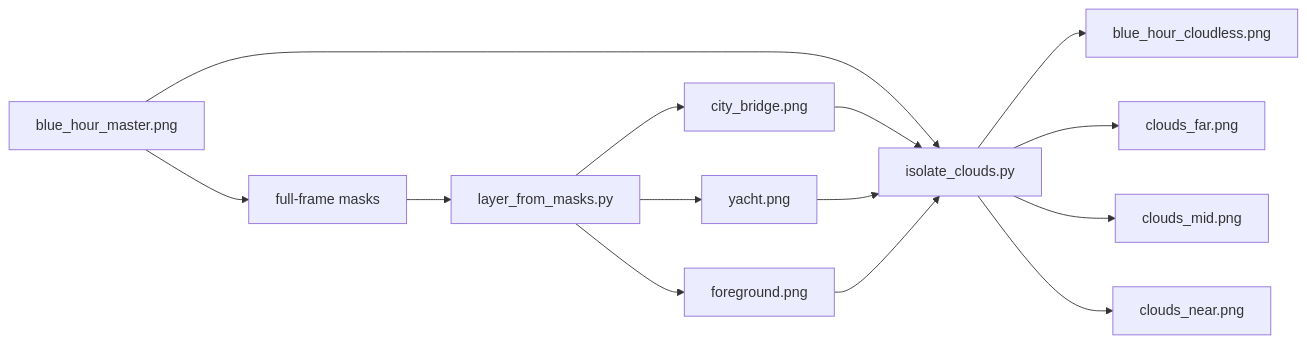
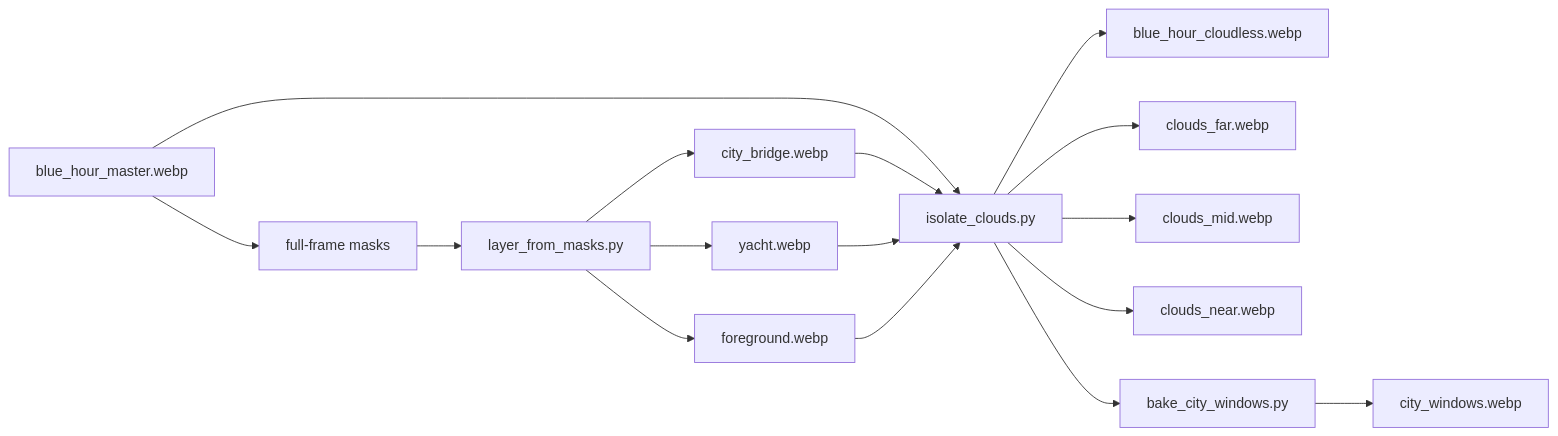
One commit to matthiasn/lotti changed the first of 2 diagrams in tools/scenery_art/README.md. Above: the diagram before and after it, drawn with Mermaid. The commit also changed other lines of this file and 40 other files, not shown here.

````diff
--- a/tools/scenery_art/README.md
+++ b/tools/scenery_art/README.md
@@ -50,16 +51,18 @@
 ```mermaid
 flowchart LR
-  master[blue_hour_master.png] --> masks[full-frame masks]
+  master[blue_hour_master.webp] --> masks[full-frame masks]
   masks --> lfm[layer_from_masks.py]
-  lfm --> city[city_bridge.png]
-  lfm --> yacht[yacht.png]
-  lfm --> foreground[foreground.png]
+  lfm --> city[city_bridge.webp]
+  lfm --> yacht[yacht.webp]
+  lfm --> foreground[foreground.webp]
   master --> iso[isolate_clouds.py]
   city --> iso
   yacht --> iso
   foreground --> iso
-  iso --> cloudless[blue_hour_cloudless.png]
-  iso --> far[clouds_far.png]
-  iso --> mid[clouds_mid.png]
-  iso --> near[clouds_near.png]
+  iso --> cloudless[blue_hour_cloudless.webp]
+  iso --> far[clouds_far.webp]
+  iso --> mid[clouds_mid.webp]
+  iso --> near[clouds_near.webp]
+  iso --> bake[bake_city_windows.py]
+  bake --> windows[city_windows.webp]
 ```
````
